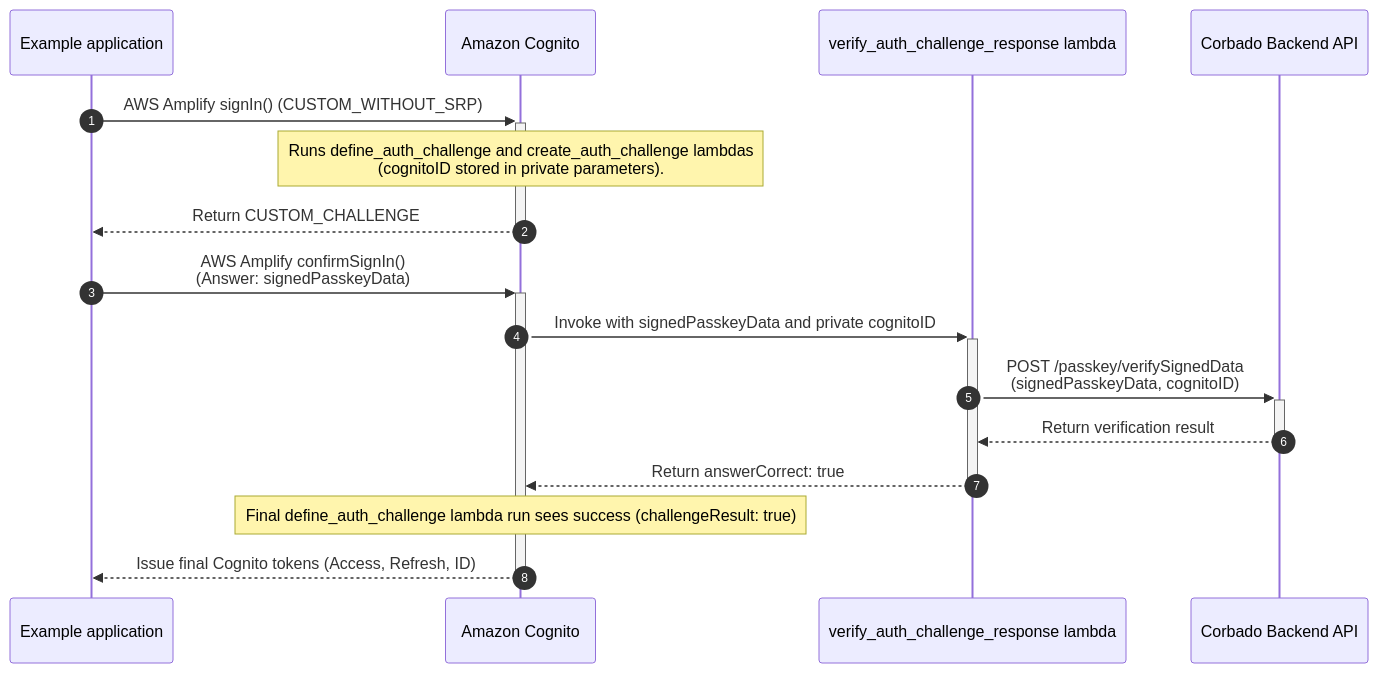
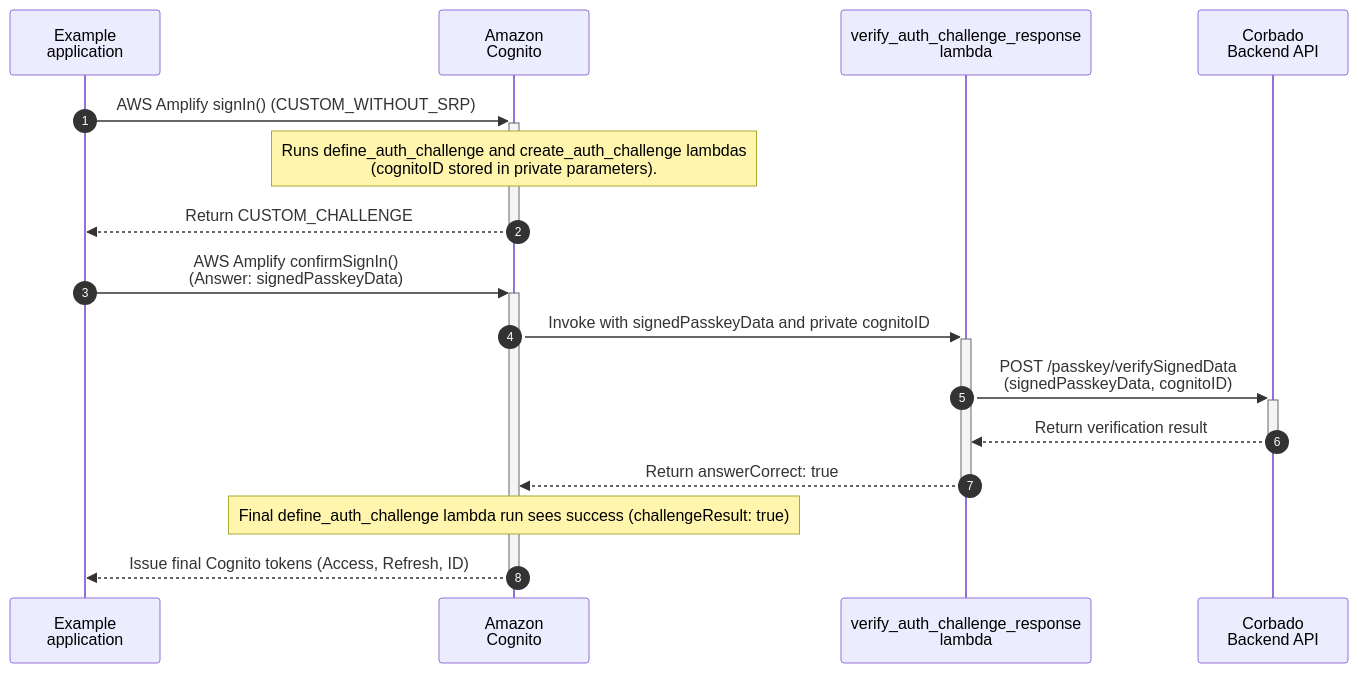
The diagram in corbado-connect/integration/cognito.mdx (corbadotech/docs), drawn with Mermaid before and after one commit. The commit also changed other lines of this file, not shown here.

Commit message:
Tweaked sequence chart a little, added more TODOS

````diff
--- a/corbado-connect/integration/cognito.mdx
+++ b/corbado-connect/integration/cognito.mdx
@@ -146,21 +157,21 @@
 ```mermaid
 sequenceDiagram
     autonumber
-    participant Client as Example application
-    participant Cognito as Amazon Cognito
-    participant Lambda as verify_auth_challenge_response lambda
-    participant BAPI as Corbado Backend API
+    participant Client as Example<br />application
+    participant Cognito as Amazon<br />Cognito
+    participant Lambda as verify_auth_challenge_response<br />lambda
+    participant BAPI as Corbado<br />Backend API
 
     Client->>+Cognito: AWS Amplify signIn() (CUSTOM_WITHOUT_SRP)
     Note over Cognito: Runs define_auth_challenge and create_auth_challenge lambdas<br/>(cognitoID stored in private parameters).
     Cognito-->>-Client: Return CUSTOM_CHALLENGE
 
     Client->>+Cognito: AWS Amplify confirmSignIn()<br/>(Answer: signedPasskeyData)
     Cognito->>+Lambda: Invoke with signedPasskeyData and private cognitoID
     Lambda->>+BAPI: POST /passkey/verifySignedData<br/>(signedPasskeyData, cognitoID)
 
     BAPI-->>-Lambda: Return verification result
     Lambda-->>-Cognito: Return answerCorrect: true
     Note over Cognito: Final define_auth_challenge lambda run sees success (challengeResult: true)
     Cognito-->>-Client: Issue final Cognito tokens (Access, Refresh, ID)
 ```
````
